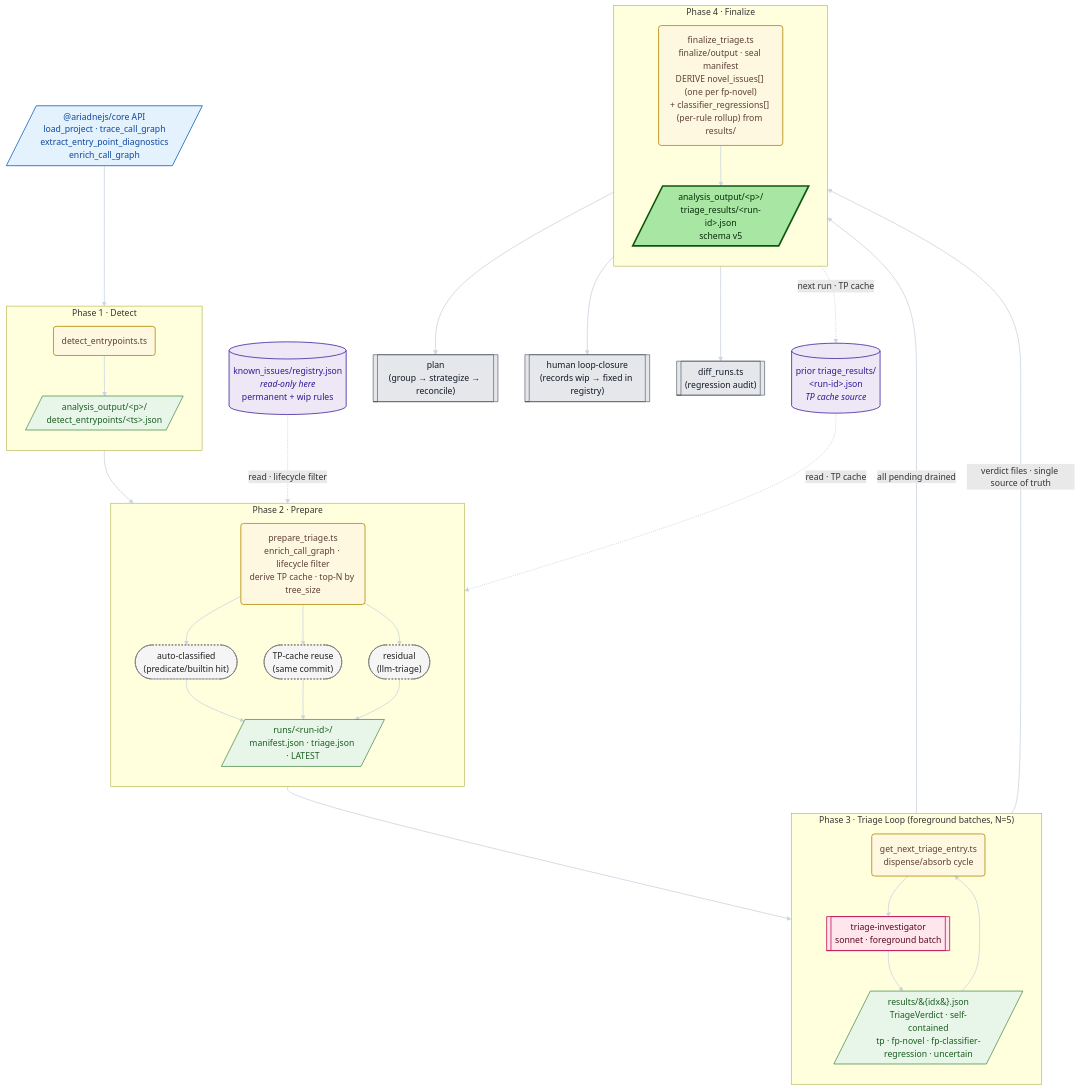
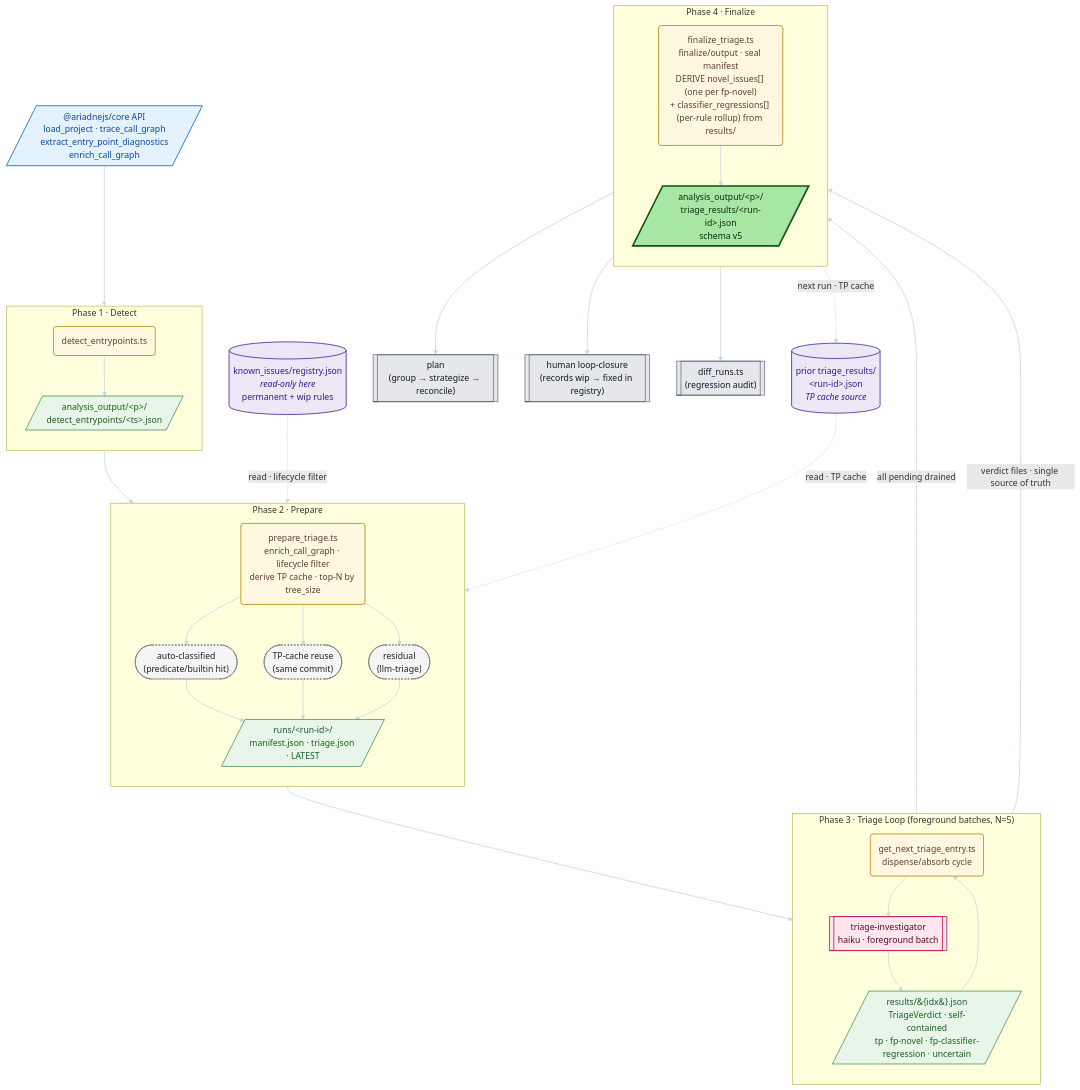
The diagram in .claude/skills/triage/README.per-step.mmd (CRJFisher/ariadne), drawn with Mermaid before and after one commit. The commit also changed 27 other files, not shown here.

First line of the commit message:
chore(pipeline): downshift sub-agent models (triage-investigator to haiku, planning and refactor agents to sonnet)

```diff
--- a/.claude/skills/triage/README.per-step.mmd
+++ b/.claude/skills/triage/README.per-step.mmd
@@ -1,73 +1,73 @@
 flowchart TD
   classDef ext        fill:#e3f2fd,stroke:#1565c0,stroke-width:1.5px,color:#0d47a1
   classDef store      fill:#ede7f6,stroke:#4527a0,stroke-width:1.5px,color:#311b92
   classDef artifact   fill:#e8f5e9,stroke:#2e7d32,stroke-width:1.2px,color:#1b5e20
   classDef step       fill:#fff8e1,stroke:#b58900,stroke-width:1.5px,color:#5d4037
   classDef agent      fill:#ffe5ec,stroke:#c2185b,stroke-width:1.5px,color:#5a0922
   classDef inter      fill:#f5f5f5,stroke:#616161,stroke-width:1px,color:#212121,stroke-dasharray:3 3
   classDef published  fill:#a8e6a3,stroke:#0e5510,stroke-width:3px,color:#062c08
   classDef downstream fill:#e5e7eb,stroke:#374151,stroke-width:1px,color:#111827
 
   CORE[/"@ariadnejs/core API<br/>load_project · trace_call_graph<br/>extract_entry_point_diagnostics<br/>enrich_call_graph"/]:::ext
 
   REG[("known_issues/registry.json<br/><i>read-only here</i><br/>permanent + wip rules")]:::store
   PRIOR[("prior triage_results/<br/>&lt;run-id&gt;.json<br/><i>TP cache source</i>")]:::store
 
   subgraph P1["Phase 1 · Detect"]
     direction TB
     S1("detect_entrypoints.ts"):::step
     A1[/"analysis_output/&lt;p&gt;/<br/>detect_entrypoints/&lt;ts&gt;.json"/]:::artifact
   end
 
   subgraph P2["Phase 2 · Prepare"]
     direction TB
     S2("prepare_triage.ts<br/>enrich_call_graph · lifecycle filter<br/>derive TP cache · top-N by tree_size"):::step
     I_AUTO(["auto-classified<br/>(predicate/builtin hit)"]):::inter
     I_TP(["TP-cache reuse<br/>(same commit)"]):::inter
     I_RES(["residual<br/>(llm-triage)"]):::inter
     A2[/"runs/&lt;run-id&gt;/<br/>manifest.json · triage.json · LATEST"/]:::artifact
   end
 
   subgraph P3["Phase 3 · Triage Loop (foreground batches, N=5)"]
     direction TB
     S3("get_next_triage_entry.ts<br/>dispense/absorb cycle"):::step
-    AG3[["triage-investigator<br/>sonnet · foreground batch"]]:::agent
+    AG3[["triage-investigator<br/>haiku · foreground batch"]]:::agent
     A3[/"results/&#123;idx&#125;.json<br/>TriageVerdict · self-contained<br/>tp · fp-novel · fp-classifier-regression · uncertain"/]:::artifact
   end
 
   subgraph P4["Phase 4 · Finalize"]
     direction TB
     S5("finalize_triage.ts<br/>finalize/output · seal manifest<br/>DERIVE novel_issues[] (one per fp-novel)<br/>+ classifier_regressions[] (per-rule rollup) from results/"):::step
     PUB[/"analysis_output/&lt;p&gt;/<br/>triage_results/&lt;run-id&gt;.json<br/>schema v5"/]:::published
   end
 
   CUR[["plan<br/>(group → strategize → reconcile)"]]:::downstream
   FX[["human loop-closure<br/>(records wip → fixed in registry)"]]:::downstream
   DIF[["diff_runs.ts<br/>(regression audit)"]]:::downstream
 
   CORE --> S1
   S1 --> A1 --> S2
   REG -. "read · lifecycle filter" .-> S2
   PRIOR -. "read · TP cache" .-> S2
 
   S2 --> I_AUTO
   S2 --> I_TP
   S2 --> I_RES
   I_AUTO --> A2
   I_TP --> A2
   I_RES --> A2
 
   A2 --> S3
   S3 --> AG3 --> A3
   A3 --> S3
   S3 -- "all pending drained" --> S5
   A3 -- "verdict files · single source of truth" --> S5
   S5 --> PUB
 
   PUB --> CUR
   PUB --> FX
   PUB --> DIF
 
   PUB -. "next run · TP cache" .-> PRIOR
 
   linkStyle default stroke:#cbd5e1,stroke-width:1.5px
```
